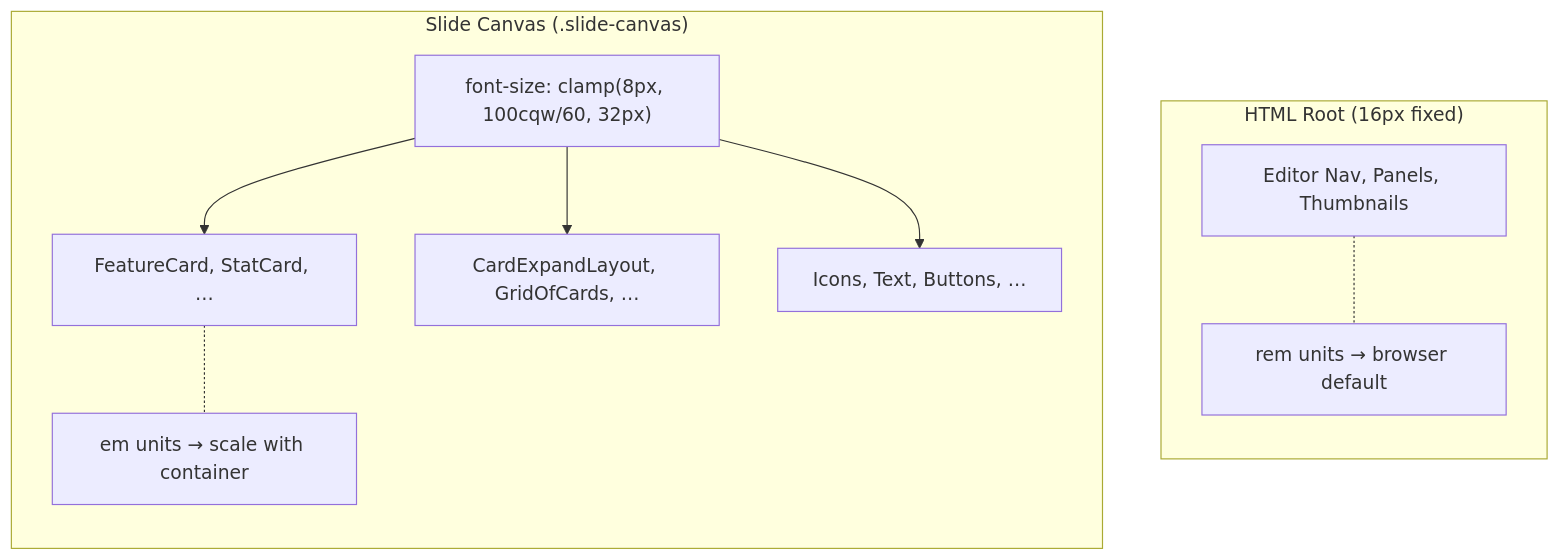
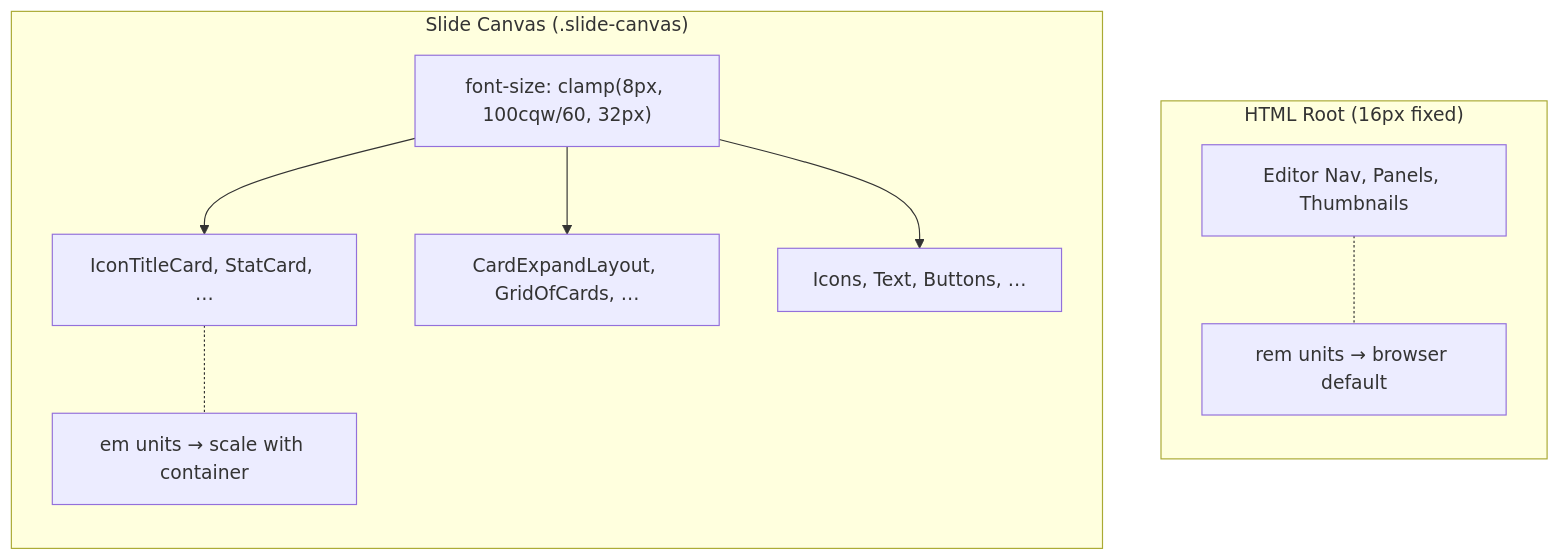
The diagram in docs/technical-architecture/responsive-slide-sizing.md (EvgenyEMK/visual-story), drawn with Mermaid before and after one commit. The commit also changed 49 other files, not shown here.

First line of the commit message:
feat: add content widgets, rename FeatureCard to IconTitleCard, introduce smart list types

````diff
--- a/docs/technical-architecture/responsive-slide-sizing.md
+++ b/docs/technical-architecture/responsive-slide-sizing.md
@@ -27,16 +27,16 @@
 ```mermaid
 flowchart TB
   subgraph htmlRoot ["HTML Root (16px fixed)"]
     direction TB
     EditorNav["Editor Nav, Panels, Thumbnails"]
     EditorNav -.- remNote["rem units → browser default"]
   end
   subgraph slideCanvas ["Slide Canvas (.slide-canvas)"]
     direction TB
     FS["font-size: clamp(8px, 100cqw/60, 32px)"]
-    FS --> Cards["FeatureCard, StatCard, …"]
+    FS --> Cards["IconTitleCard, StatCard, …"]
     FS --> Layouts["CardExpandLayout, GridOfCards, …"]
     FS --> Atoms["Icons, Text, Buttons, …"]
     Cards -.- emNote["em units → scale with container"]
   end
 ```
````
